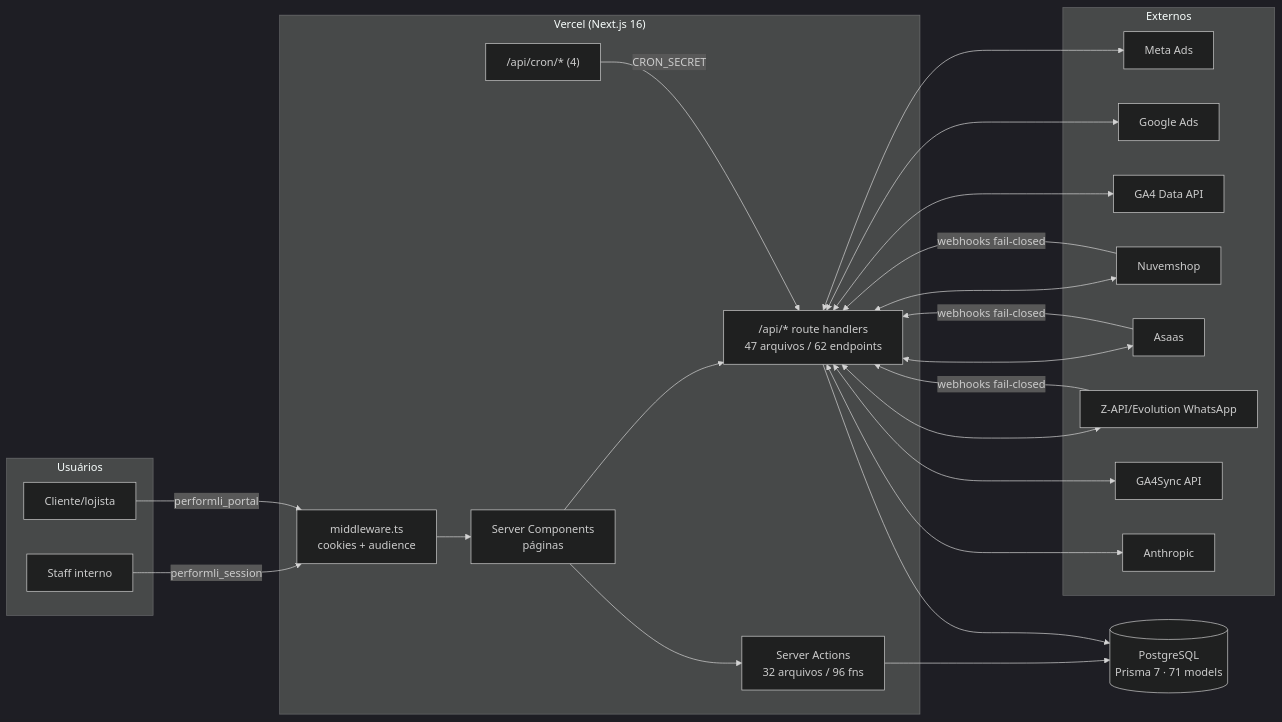
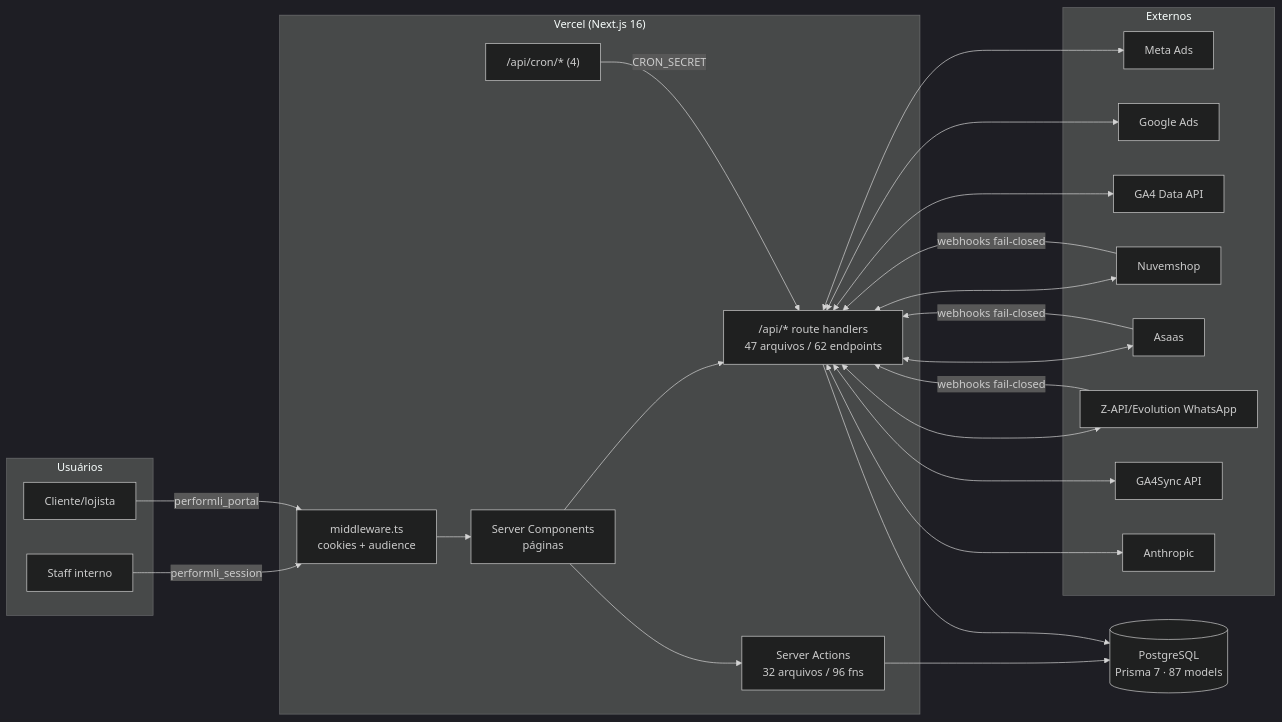
The first of 2 diagrams in DOSSIE-PERFORMLI.md (marcosliossi-del/performli-sistema-geral), drawn with Mermaid (dark theme) before and after one commit. The commit also changed other lines of this file and 14 other files, not shown here.

````diff
--- a/DOSSIE-PERFORMLI.md
+++ b/DOSSIE-PERFORMLI.md
@@ -91,32 +91,32 @@
 ```mermaid
 flowchart LR
     subgraph Usuários
         Staff[Staff interno]
         Lojista[Cliente/lojista]
     end
     subgraph Vercel["Vercel (Next.js 16)"]
         MW[middleware.ts<br/>cookies + audience]
         Pages[Server Components<br/>páginas]
         Actions[Server Actions<br/>32 arquivos / 96 fns]
         API["/api/* route handlers<br/>47 arquivos / 62 endpoints"]
         Crons["/api/cron/* (4)"]
     end
-    DB[(PostgreSQL<br/>Prisma 7 · 71 models)]
+    DB[(PostgreSQL<br/>Prisma 7 · 87 models)]
     subgraph Externos
         Meta[Meta Ads]
         GAds[Google Ads]
         GA4[GA4 Data API]
         NS[Nuvemshop]
         Asaas[Asaas]
         ZAPI[Z-API/Evolution WhatsApp]
         G4S[GA4Sync API]
         ANT[Anthropic]
     end
     Staff -->|performli_session| MW --> Pages --> Actions --> DB
     Lojista -->|performli_portal| MW
     Pages --> API
     API --> DB
     Crons -->|CRON_SECRET| API
     API <--> Meta & GAds & GA4 & NS & Asaas & ZAPI & G4S & ANT
     NS & Asaas & ZAPI -->|webhooks fail-closed| API
 ```
````
